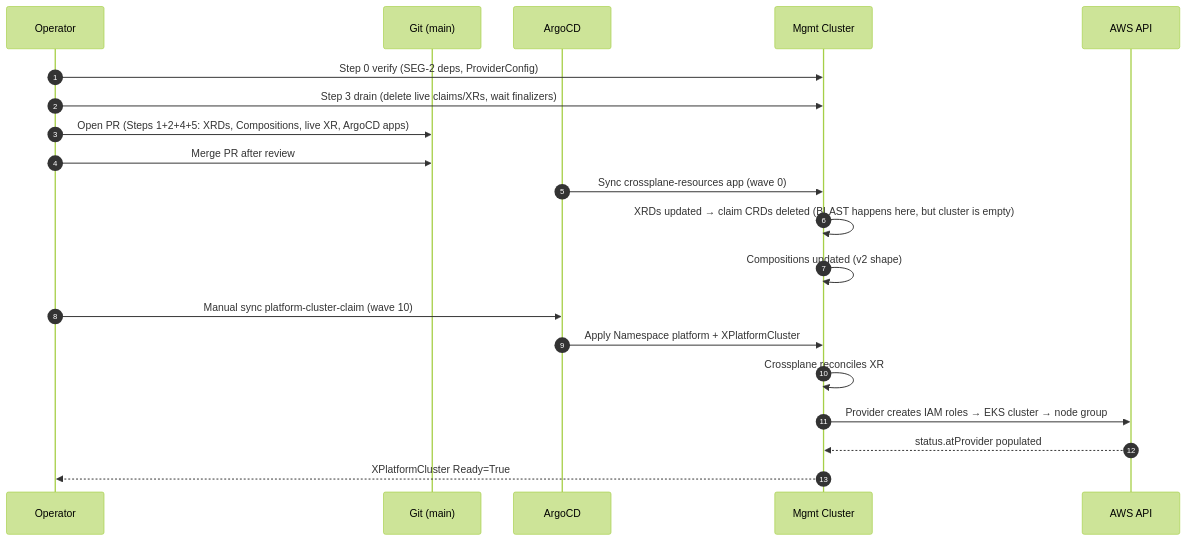
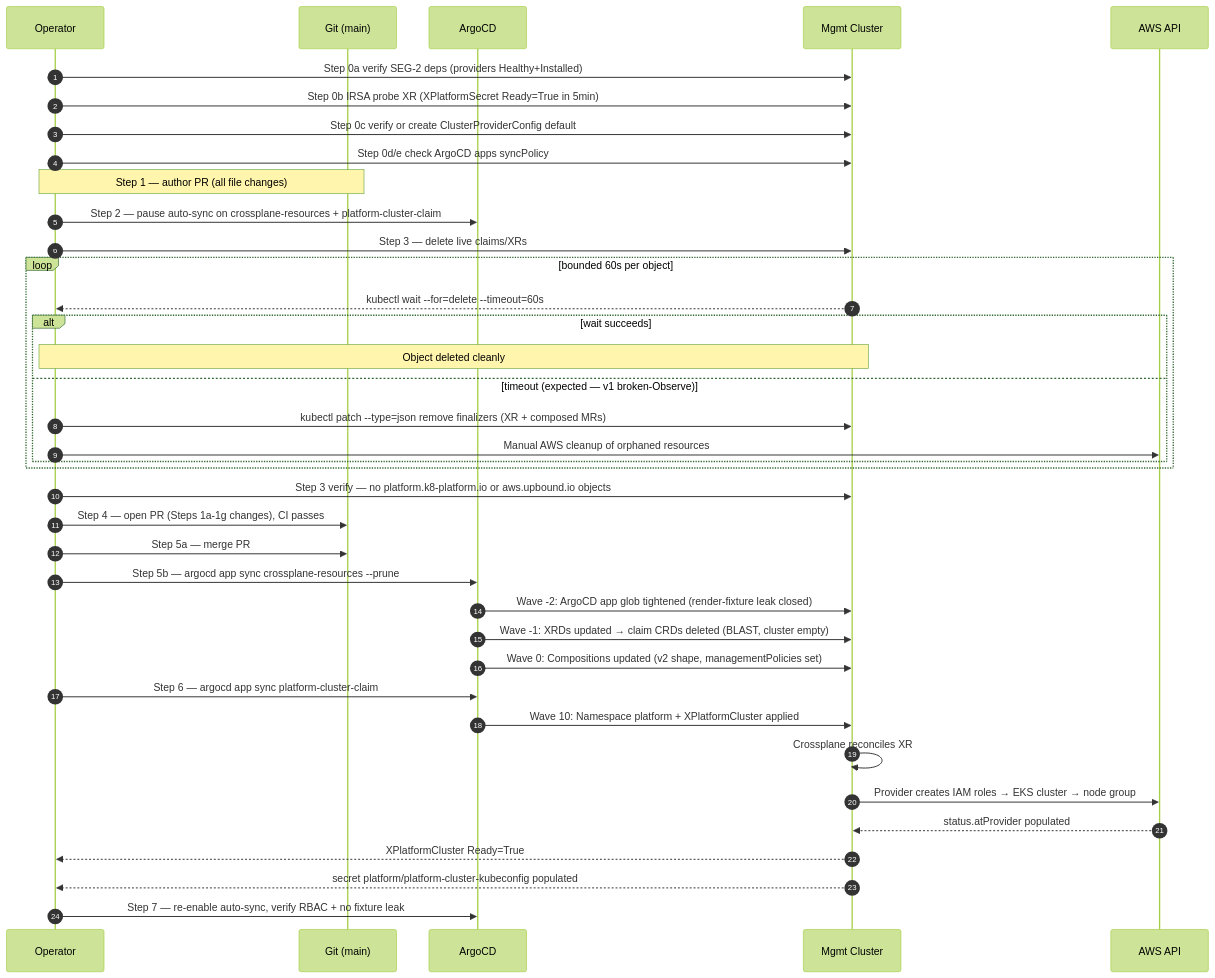
Before and after one commit to lago-morph/k8-platform: the first of 3 diagrams in ai/crossplane-v1-v2-un-fuckify/20-plan-SEG-1-production-manifests.md, drawn with Mermaid (forest theme). The commit also changed other lines of this file, not shown here.

First line of the commit message:
v2 migration: SEG-1 R2 revision — POST-REVIEW-R1

````diff
--- a/ai/crossplane-v1-v2-un-fuckify/20-plan-SEG-1-production-manifests.md
+++ b/ai/crossplane-v1-v2-un-fuckify/20-plan-SEG-1-production-manifests.md
@@ -157,23 +423,49 @@
 ```mermaid
 sequenceDiagram
   autonumber
   participant Op as Operator
   participant Git as Git (main)
   participant ACD as ArgoCD
   participant K8s as Mgmt Cluster
   participant AWS as AWS API
 
-  Op->>K8s: Step 0 verify (SEG-2 deps, ProviderConfig)
-  Op->>K8s: Step 3 drain (delete live claims/XRs, wait finalizers)
-  Op->>Git: Open PR (Steps 1+2+4+5: XRDs, Compositions, live XR, ArgoCD apps)
-  Op->>Git: Merge PR after review
-  ACD->>K8s: Sync crossplane-resources app (wave 0)
-  K8s->>K8s: XRDs updated → claim CRDs deleted (BLAST happens here, but cluster is empty)
-  K8s->>K8s: Compositions updated (v2 shape)
-  Op->>ACD: Manual sync platform-cluster-claim (wave 10)
-  ACD->>K8s: Apply Namespace platform + XPlatformCluster
+  Op->>K8s: Step 0a verify SEG-2 deps (providers Healthy+Installed)
+  Op->>K8s: Step 0b IRSA probe XR (XPlatformSecret Ready=True in 5min)
+  Op->>K8s: Step 0c verify or create ClusterProviderConfig default
+  Op->>K8s: Step 0d/e check ArgoCD apps syncPolicy
+
+  Note over Op,Git: Step 1 — author PR (all file changes)
+
+  Op->>ACD: Step 2 — pause auto-sync on crossplane-resources + platform-cluster-claim
+
+  Op->>K8s: Step 3 — delete live claims/XRs
+  loop bounded 60s per object
+    K8s-->>Op: kubectl wait --for=delete --timeout=60s
+    alt wait succeeds
+      Note over Op,K8s: Object deleted cleanly
+    else timeout (expected — v1 broken-Observe)
+      Op->>K8s: kubectl patch --type=json remove finalizers (XR + composed MRs)
+      Op->>AWS: Manual AWS cleanup of orphaned resources
+    end
+  end
+
+  Op->>K8s: Step 3 verify — no platform.k8-platform.io or aws.upbound.io objects
+
+  Op->>Git: Step 4 — open PR (Steps 1a-1g changes), CI passes
+  Op->>Git: Step 5a — merge PR
+
+  Op->>ACD: Step 5b — argocd app sync crossplane-resources --prune
+  ACD->>K8s: Wave -2: ArgoCD app glob tightened (render-fixture leak closed)
+  ACD->>K8s: Wave -1: XRDs updated → claim CRDs deleted (BLAST, cluster empty)
+  ACD->>K8s: Wave 0: Compositions updated (v2 shape, managementPolicies set)
+
+  Op->>ACD: Step 6 — argocd app sync platform-cluster-claim
+  ACD->>K8s: Wave 10: Namespace platform + XPlatformCluster applied
   K8s->>K8s: Crossplane reconciles XR
   K8s->>AWS: Provider creates IAM roles → EKS cluster → node group
   AWS-->>K8s: status.atProvider populated
   K8s-->>Op: XPlatformCluster Ready=True
+  K8s-->>Op: secret platform/platform-cluster-kubeconfig populated
+
+  Op->>ACD: Step 7 — re-enable auto-sync, verify RBAC + no fixture leak
 ```
````
